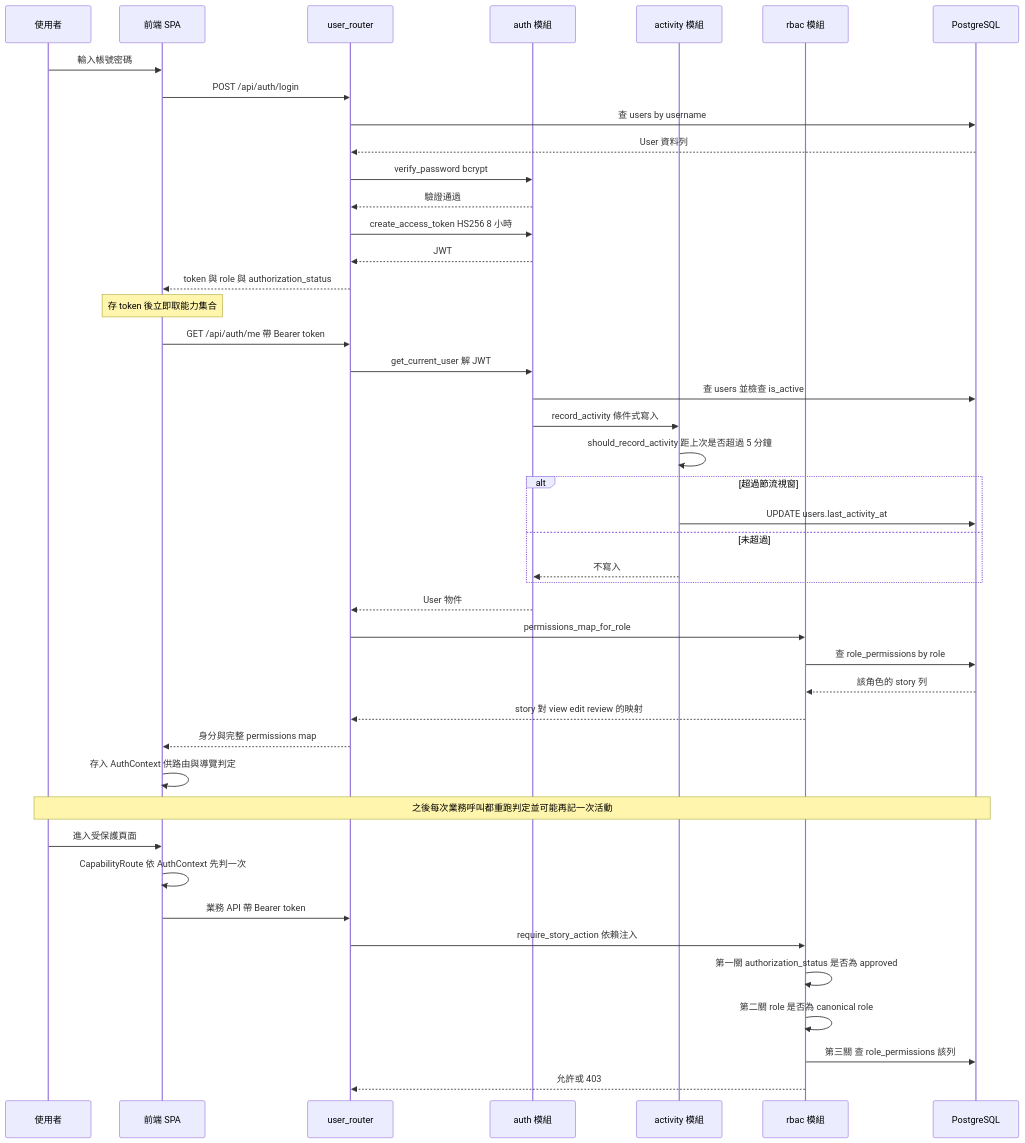
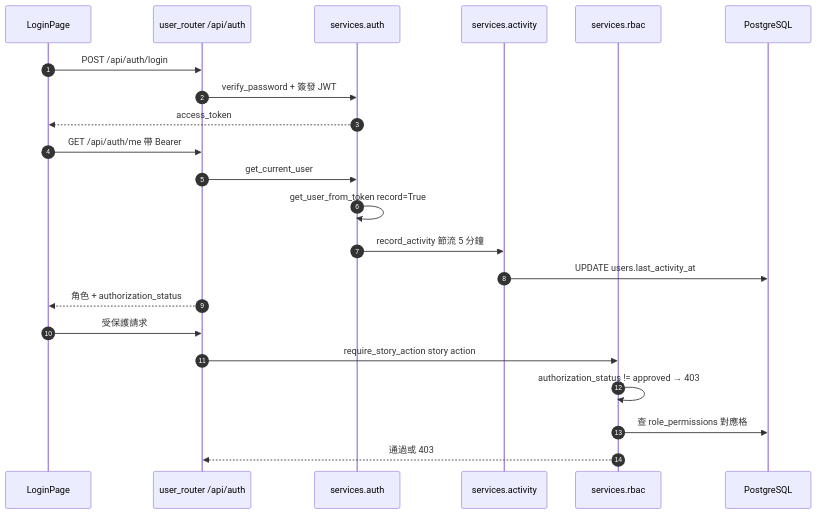
Before and after one commit to opendiamonds/cloud-360: the third of 4 diagrams in aidlc/spaces/default/codekb/cloud-360/architecture.md, drawn with Mermaid. The commit also changed other lines of this file and 11 other files, not shown here.

````diff
--- a/aidlc/spaces/default/codekb/cloud-360/architecture.md
+++ b/aidlc/spaces/default/codekb/cloud-360/architecture.md
@@ -437,49 +149,25 @@
 ```mermaid
 sequenceDiagram
-    participant U as 使用者
-    participant FE as 前端 SPA
-    participant UR as user_router
-    participant AU as auth 模組
-    participant AC as activity 模組
-    participant RB as rbac 模組
+    autonumber
+    participant FE as LoginPage
+    participant UR as user_router /api/auth
+    participant AUTH as services.auth
+    participant ACT as services.activity
+    participant RB as services.rbac
     participant DB as PostgreSQL
 
-    U->>FE: 輸入帳號密碼
     FE->>UR: POST /api/auth/login
-    UR->>DB: 查 users by username
-    DB-->>UR: User 資料列
-    UR->>AU: verify_password bcrypt
-    AU-->>UR: 驗證通過
-    UR->>AU: create_access_token HS256 8 小時
-    AU-->>UR: JWT
-    UR-->>FE: token 與 role 與 authorization_status
-
-    Note over FE: 存 token 後立即取能力集合
-    FE->>UR: GET /api/auth/me 帶 Bearer token
-    UR->>AU: get_current_user 解 JWT
-    AU->>DB: 查 users 並檢查 is_active
-    AU->>AC: record_activity 條件式寫入
-    AC->>AC: should_record_activity 距上次是否超過 5 分鐘
-    alt 超過節流視窗
-        AC->>DB: UPDATE users.last_activity_at
-    else 未超過
-        AC-->>AU: 不寫入
-    end
-    AU-->>UR: User 物件
-    UR->>RB: permissions_map_for_role
-    RB->>DB: 查 role_permissions by role
-    DB-->>RB: 該角色的 story 列
-    RB-->>UR: story 對 view edit review 的映射
-    UR-->>FE: 身分與完整 permissions map
-    FE->>FE: 存入 AuthContext 供路由與導覽判定
-
-    Note over U,DB: 之後每次業務呼叫都重跑判定並可能再記一次活動
-    U->>FE: 進入受保護頁面
-    FE->>FE: CapabilityRoute 依 AuthContext 先判一次
-    FE->>UR: 業務 API 帶 Bearer token
-    UR->>RB: require_story_action 依賴注入
-    RB->>RB: 第一關 authorization_status 是否為 approved
-    RB->>RB: 第二關 role 是否為 canonical role
-    RB->>DB: 第三關 查 role_permissions 該列
-    RB-->>UR: 允許或 403
+    UR->>AUTH: verify_password + 簽發 JWT
+    AUTH-->>FE: access_token
+    FE->>UR: GET /api/auth/me 帶 Bearer
+    UR->>AUTH: get_current_user
+    AUTH->>AUTH: get_user_from_token record=True
+    AUTH->>ACT: record_activity 節流 5 分鐘
+    ACT->>DB: UPDATE users.last_activity_at
+    UR-->>FE: 角色 + authorization_status
+    FE->>UR: 受保護請求
+    UR->>RB: require_story_action story action
+    RB->>RB: authorization_status != approved → 403
+    RB->>DB: 查 role_permissions 對應格
+    RB-->>UR: 通過或 403
 ```
````
